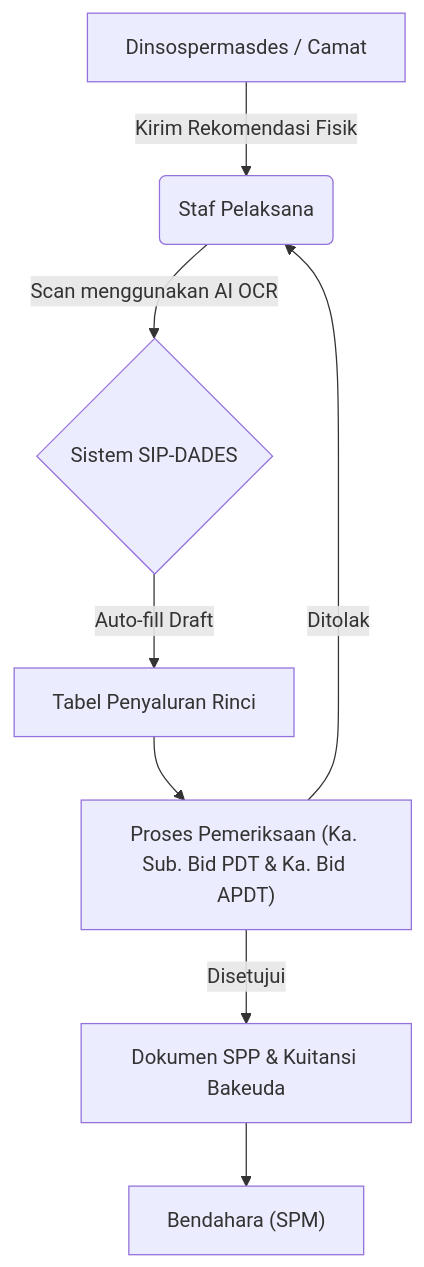
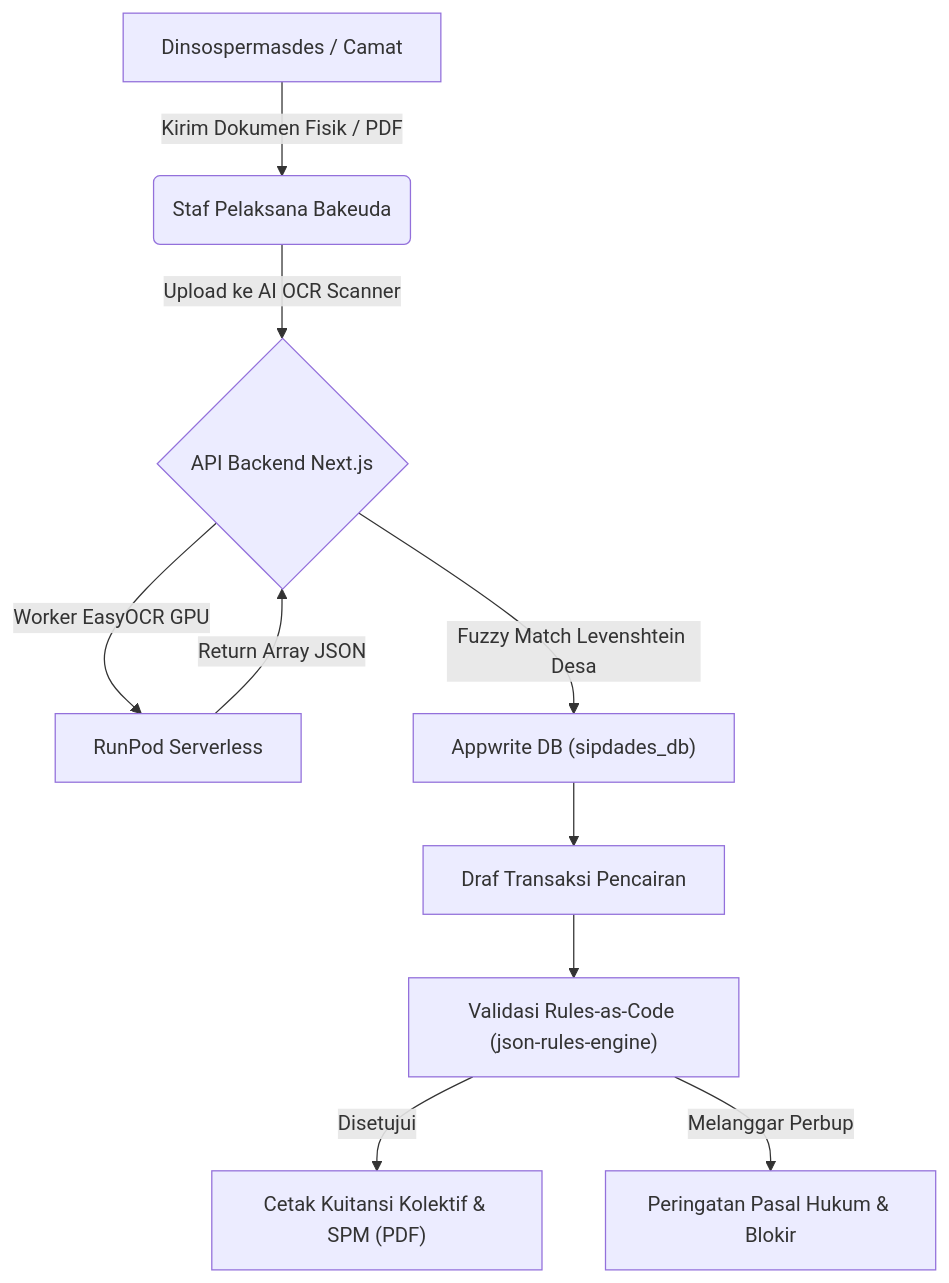
The second of 2 diagrams in ROADMAP.md (asepsafrudin/SIP-DADES-BAKEUDA), drawn with Mermaid before and after one commit. The commit also changed other lines of this file and 1 other file, not shown here.

Commit message:
docs(roadmap): update ROADMAP.md based on consolidated audit report

````diff
--- a/ROADMAP.md
+++ b/ROADMAP.md
@@ -36,10 +77,12 @@
 ```mermaid
 flowchart TD
-    A["Dinsospermasdes / Camat"] -->|Kirim Rekomendasi Fisik| B("Staf Pelaksana")
-    B -->|Scan menggunakan AI OCR| C{"Sistem SIP-DADES"}
-    C -->|Auto-fill Draft| D["Tabel Penyaluran Rinci"]
-    D --> E["Proses Pemeriksaan (Ka. Sub. Bid PDT & Ka. Bid APDT)"]
-    E -->|Ditolak| B
-    E -->|Disetujui| F["Dokumen SPP & Kuitansi Bakeuda"]
-    F --> G["Bendahara (SPM)"]
+    A["Dinsospermasdes / Camat"] -->|Kirim Dokumen Fisik / PDF| B("Staf Pelaksana Bakeuda")
+    B -->|Upload ke AI OCR Scanner| C{"API Backend Next.js"}
+    C -->|Worker EasyOCR GPU| D["RunPod Serverless"]
+    D -->|Return Array JSON| C
+    C -->|Fuzzy Match Levenshtein Desa| E["Appwrite DB (sipdades_db)"]
+    E --> F["Draf Transaksi Pencairan"]
+    F --> G["Validasi Rules-as-Code (json-rules-engine)"]
+    G -->|Disetujui| H["Cetak Kuitansi Kolektif & SPM (PDF)"]
+    G -->|Melanggar Perbup| I["Peringatan Pasal Hukum & Blokir"]
 ```
````
